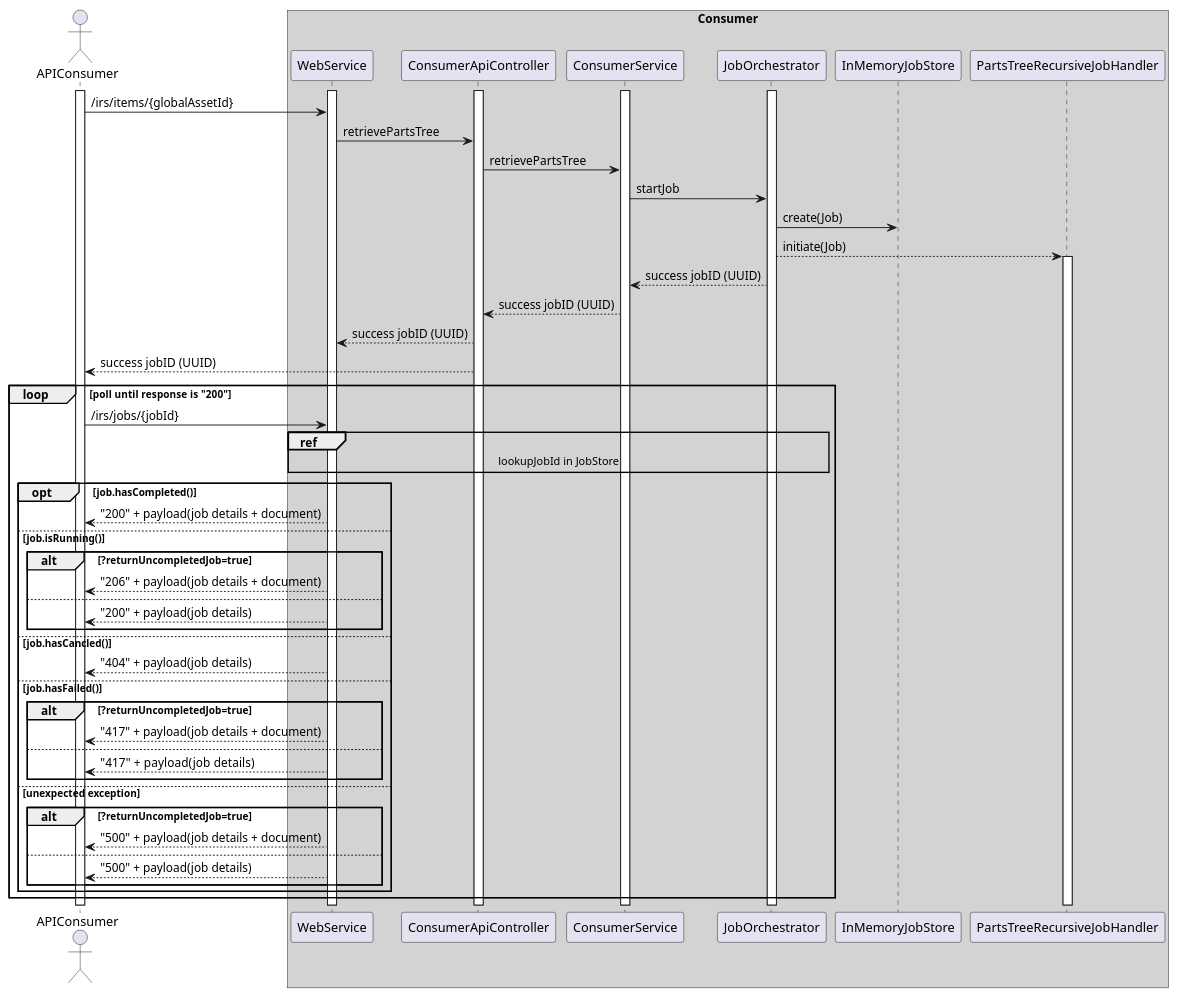
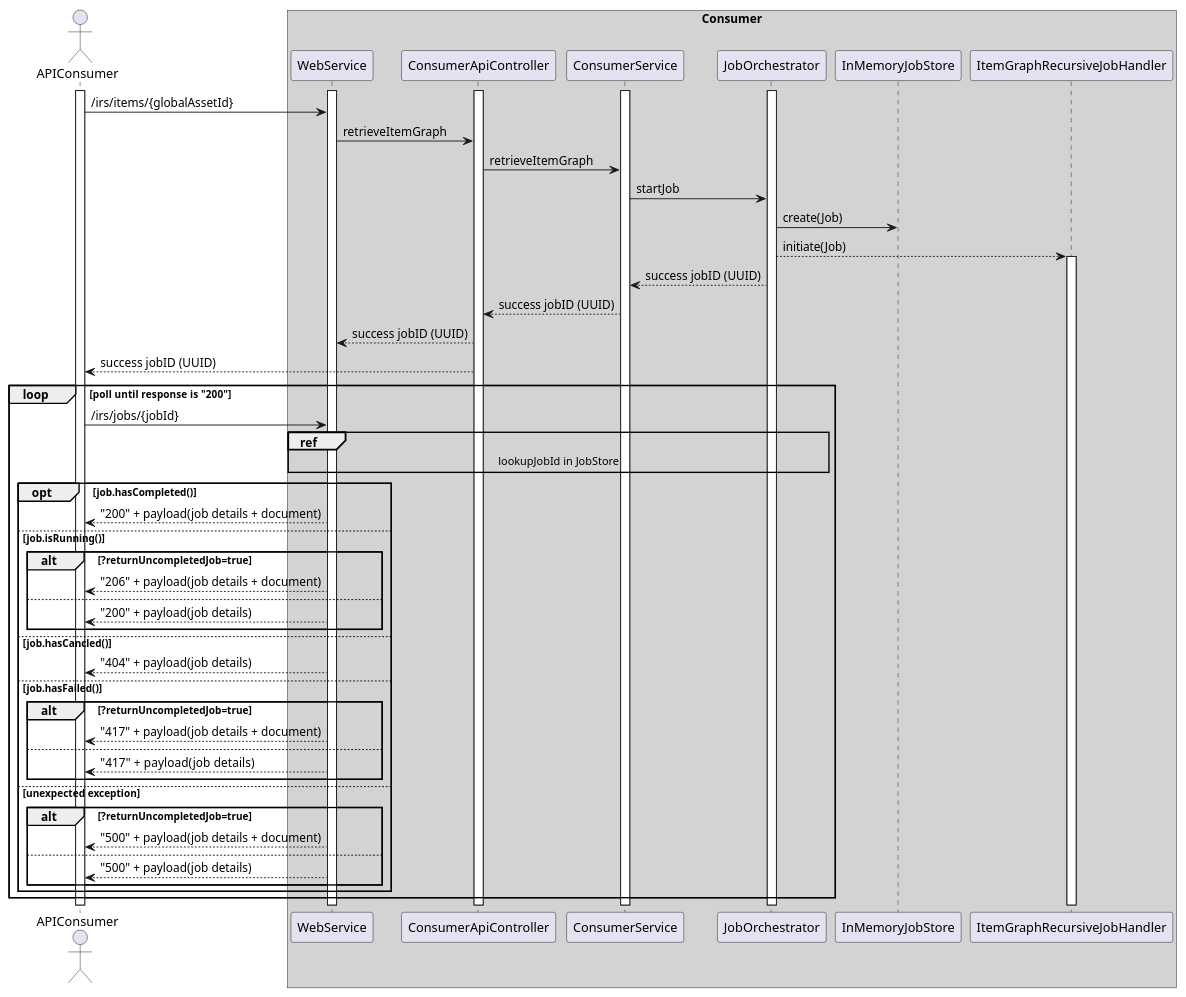
The diagram in uml-diagramms/api-call-asynchrous-sequence.puml (eclipse-tractusx/item-relationship-service), drawn with PlantUML before and after one commit. The commit also changed 3 other files, not shown here.

```diff
--- a/uml-diagramms/api-call-asynchrous-sequence.puml
+++ b/uml-diagramms/api-call-asynchrous-sequence.puml
@@ -1,63 +1,63 @@
 @startuml
 skinparam shadowing false
 
 actor APIConsumer
 activate APIConsumer
 
 box "Consumer" #LightGrey
 participant WebService
 activate WebService
 participant ConsumerApiController
 activate ConsumerApiController
 participant ConsumerService
 activate ConsumerService
 participant JobOrchestrator
 activate JobOrchestrator
 
 APIConsumer -> WebService : /irs/items/{globalAssetId}
-WebService -> ConsumerApiController :  retrievePartsTree
-ConsumerApiController -> ConsumerService :  retrievePartsTree
+WebService -> ConsumerApiController :  retrieveItemGraph
+ConsumerApiController -> ConsumerService :  retrieveItemGraph
 ConsumerService -> JobOrchestrator: startJob
 JobOrchestrator -> InMemoryJobStore: create(Job)
 
-JobOrchestrator --> PartsTreeRecursiveJobHandler: initiate(Job)
-activate PartsTreeRecursiveJobHandler
+JobOrchestrator --> ItemGraphRecursiveJobHandler: initiate(Job)
+activate ItemGraphRecursiveJobHandler
 
 ConsumerService <-- JobOrchestrator : success jobID (UUID)
 ConsumerApiController <-- ConsumerService : success jobID (UUID)
 WebService <-- ConsumerApiController : success jobID (UUID)
 APIConsumer <-- ConsumerApiController : success jobID (UUID)
 
 loop poll until response is  "200"
      APIConsumer -> WebService : /irs/jobs/{jobId}
 
      ref over WebService,  JobOrchestrator
         lookupJobId in JobStore
      end ref
      opt job.hasCompleted()
             APIConsumer <-- WebService : "200" + payload(job details + document)
      else job.isRunning()
            alt ?returnUncompletedJob=true
              APIConsumer <-- WebService : "206" + payload(job details + document)
            else
              APIConsumer <-- WebService : "200" + payload(job details)
             end alt
      else job.hasCancled()
              APIConsumer <-- WebService : "404" + payload(job details)
      else job.hasFailed()
         alt ?returnUncompletedJob=true
             APIConsumer <-- WebService : "417" + payload(job details + document)
         else
             APIConsumer <-- WebService : "417"  + payload(job details)
         end alt
       else  unexpected exception
         alt ?returnUncompletedJob=true
             APIConsumer <-- WebService : "500" + payload(job details + document)
         else
            APIConsumer <-- WebService : "500" + payload(job details)
            end alt
      end opt
 
 end loop
 
 @enduml
```
